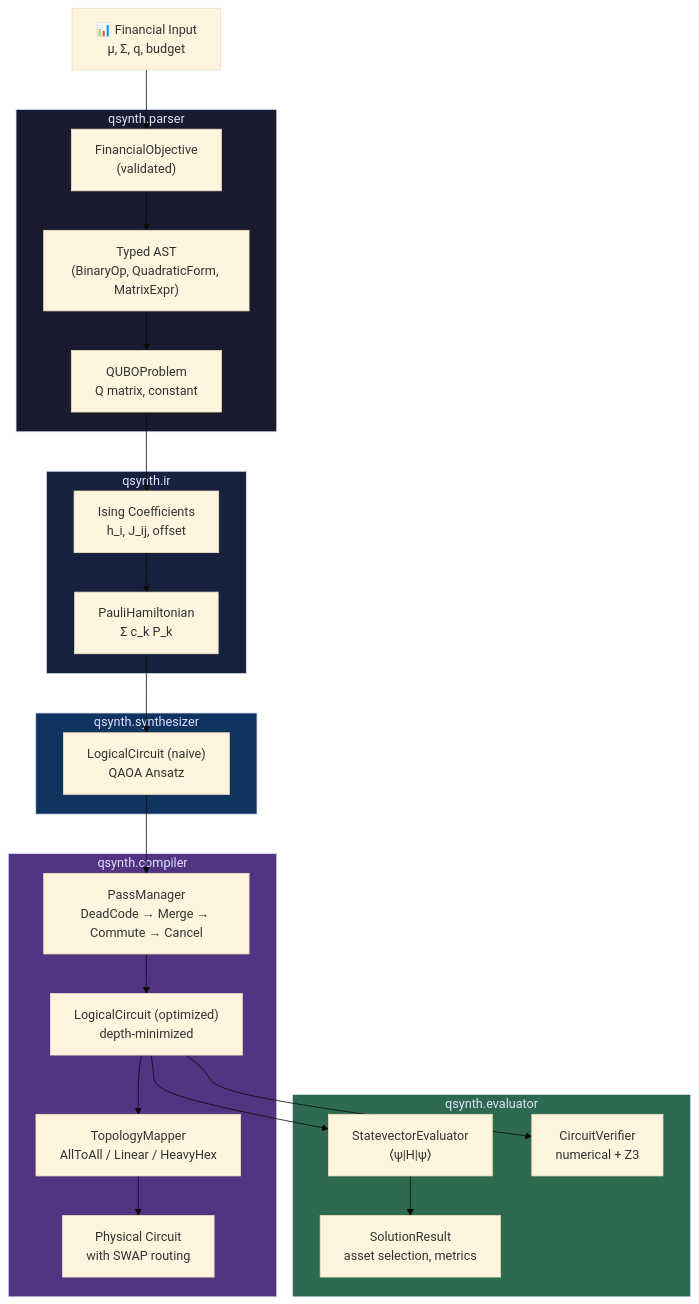
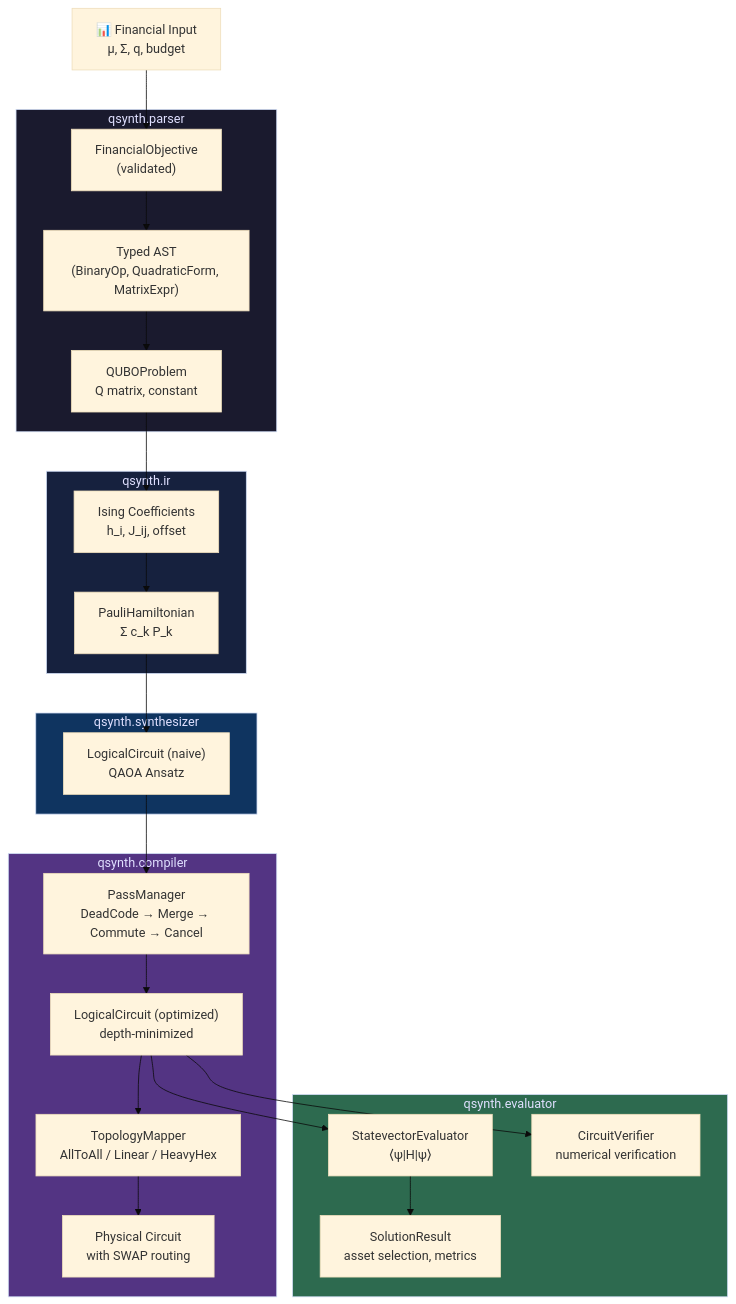
One commit to bnm5g/Q-synth changed the diagram in README.md. Above: the diagram before and after it, drawn with Mermaid (base theme). The commit also changed other lines of this file and 5 other files, not shown here.

Commit message:
feat: implement hardware topology abstraction, SWAP-based circuit routing, and foundation for circuit verification

````diff
--- a/README.md
+++ b/README.md
@@ -79,38 +79,38 @@
 ```mermaid
 graph TD
     A["📊 Financial Input<br/>μ, Σ, q, budget"] --> B
 
     subgraph Parser["qsynth.parser"]
         B["FinancialObjective<br/>(validated)"]
         B --> C["Typed AST<br/>(BinaryOp, QuadraticForm, MatrixExpr)"]
         C --> D["QUBOProblem<br/>Q matrix, constant"]
     end
 
     subgraph IR["qsynth.ir"]
         D --> E["Ising Coefficients<br/>h_i, J_ij, offset"]
         E --> F["PauliHamiltonian<br/>Σ c_k P_k"]
     end
 
     subgraph Synthesizer["qsynth.synthesizer"]
         F --> G["LogicalCircuit (naive)<br/>QAOA Ansatz"]
     end
 
     subgraph Compiler["qsynth.compiler"]
         G --> H["PassManager<br/>DeadCode → Merge → Commute → Cancel"]
         H --> I["LogicalCircuit (optimized)<br/>depth-minimized"]
         I --> J["TopologyMapper<br/>AllToAll / Linear / HeavyHex"]
         J --> K["Physical Circuit<br/>with SWAP routing"]
     end
 
     subgraph Evaluator["qsynth.evaluator"]
         I --> L["StatevectorEvaluator<br/>⟨ψ|H|ψ⟩"]
         L --> M["SolutionResult<br/>asset selection, metrics"]
-        I --> N["CircuitVerifier<br/>numerical + Z3"]
+        I --> N["CircuitVerifier<br/>numerical verification"]
     end
 
     style Parser fill:#1a1a2e,color:#e0e0ff
     style IR fill:#16213e,color:#e0e0ff
     style Synthesizer fill:#0f3460,color:#e0e0ff
     style Compiler fill:#533483,color:#e0e0ff
     style Evaluator fill:#2d6a4f,color:#e0e0ff
 ```
````
